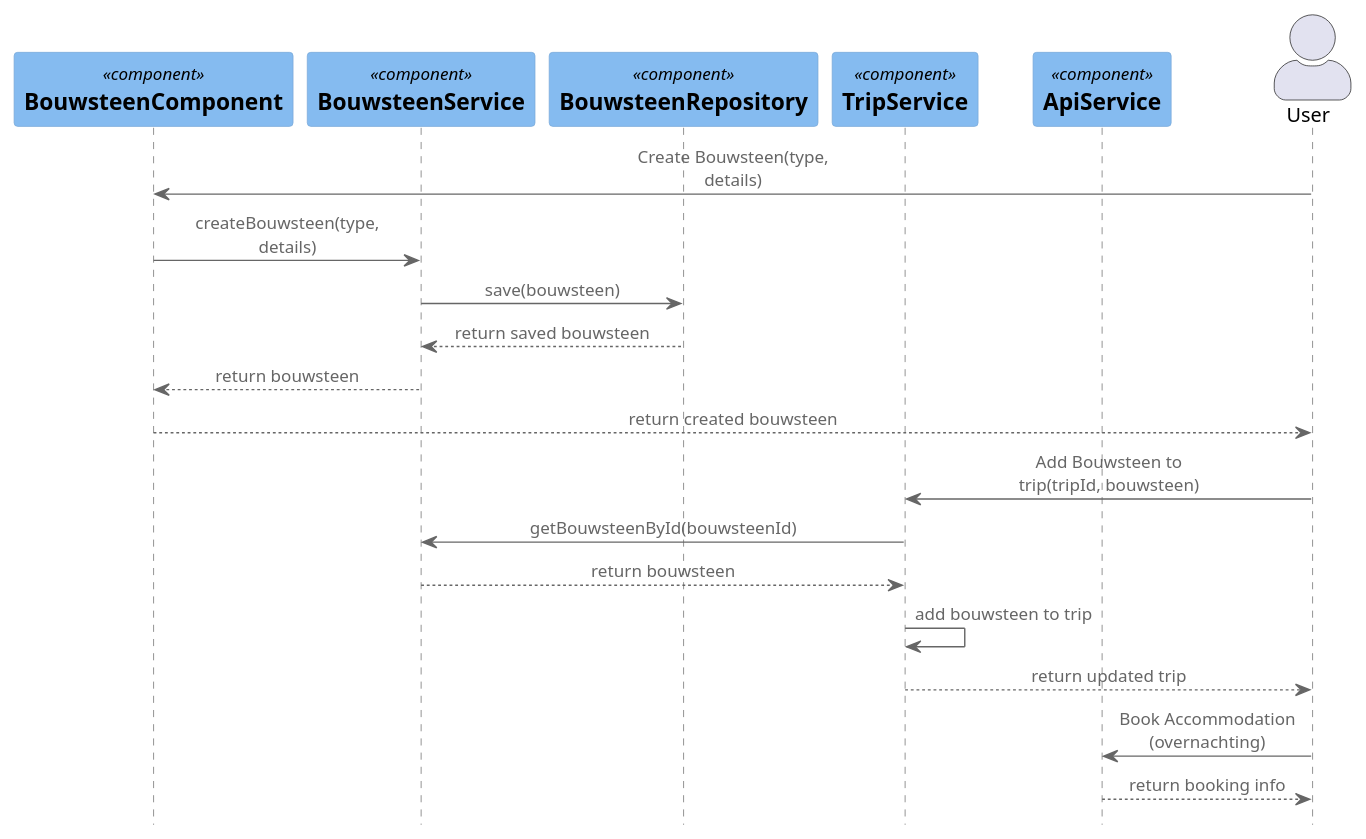
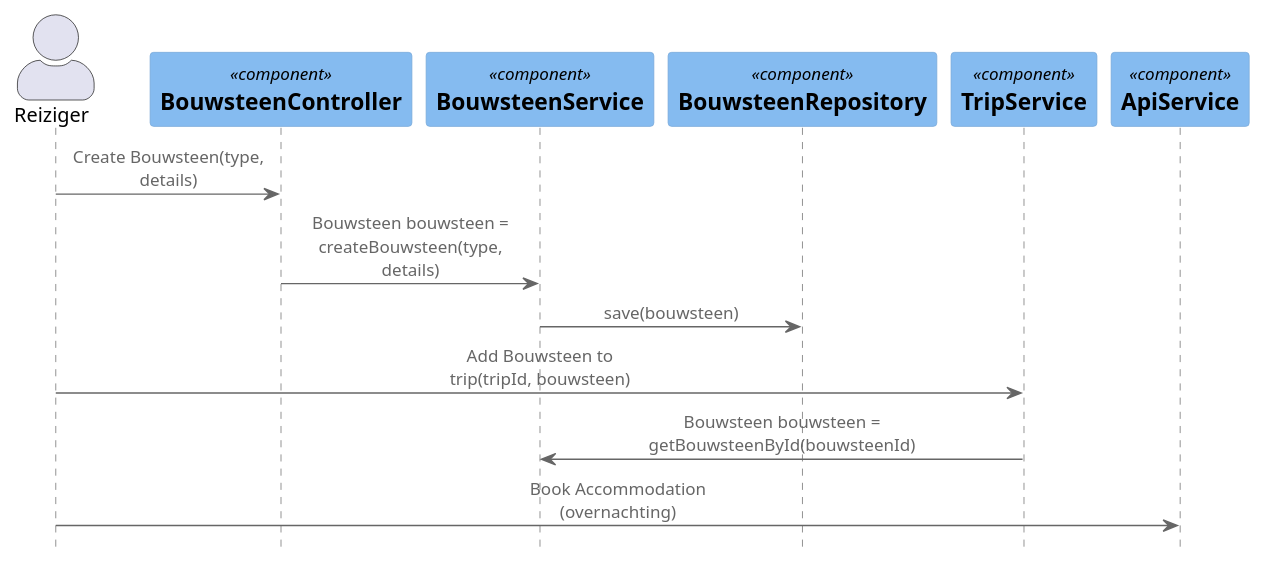
The diagram in Bartu/Onderzoek/dynamicDiagramOnderzoek.puml (AIM-ENE-feb25/triptop-dravende-dikdiks), drawn with PlantUML before and after one commit. The commit also changed 6 other files, not shown here.

```diff
--- a/Bartu/Onderzoek/dynamicDiagramOnderzoek.puml
+++ b/Bartu/Onderzoek/dynamicDiagramOnderzoek.puml
@@ -1,28 +1,21 @@
 @startuml
 !include https://raw.githubusercontent.com/plantuml-stdlib/C4-PlantUML/master/C4_Sequence.puml
 
-Component(BouwsteenComponent, "BouwsteenComponent", "", "BouwsteenComponent-applicatie")
-Component(BouwsteenService, "BouwsteenService","", "BouwsteenService")
-Component(BouwsteenRepository, "BouwsteenRepository","", "BouwsteenRepository")
-Component(TripService, "TripService","", "TripService")
-Component(ApiService, "ApiService","", "ApiService")
+actor Reiziger
 
-actor User
+Component(BouwsteenController, "BouwsteenController", "", "Beheert bouwstenen")
+Component(BouwsteenService, "BouwsteenService","", "Behandelt bouwsteen logica")
+Component(BouwsteenRepository, "BouwsteenRepository","", "Slaat bouwstenen op")
+Component(TripService, "TripService","", "Beheert trip gerelateerde bouwstenen")
+Component(ApiService, "ApiService","", "Boekt overnachtingen en vervoer")
 
-User -> BouwsteenComponent : Create Bouwsteen(type, details)
-BouwsteenComponent -> BouwsteenService : createBouwsteen(type, details)
+Reiziger -> BouwsteenController : Create Bouwsteen(type, details)
+BouwsteenController -> BouwsteenService : Bouwsteen bouwsteen = createBouwsteen(type, details)
 BouwsteenService -> BouwsteenRepository : save(bouwsteen)
-BouwsteenRepository --> BouwsteenService : return saved bouwsteen
-BouwsteenService --> BouwsteenComponent : return bouwsteen
-BouwsteenComponent --> User : return created bouwsteen
 
-User -> TripService : Add Bouwsteen to trip(tripId, bouwsteen)
-TripService -> BouwsteenService : getBouwsteenById(bouwsteenId)
-BouwsteenService --> TripService : return bouwsteen
-TripService -> TripService : add bouwsteen to trip
-TripService --> User : return updated trip
+Reiziger -> TripService : Add Bouwsteen to trip(tripId, bouwsteen)
+TripService -> BouwsteenService : Bouwsteen bouwsteen = getBouwsteenById(bouwsteenId)
 
-User -> ApiService : Book Accommodation (overnachting)
-ApiService --> User : return booking info
+Reiziger -> ApiService : Book Accommodation (overnachting)
 
 @enduml
```
